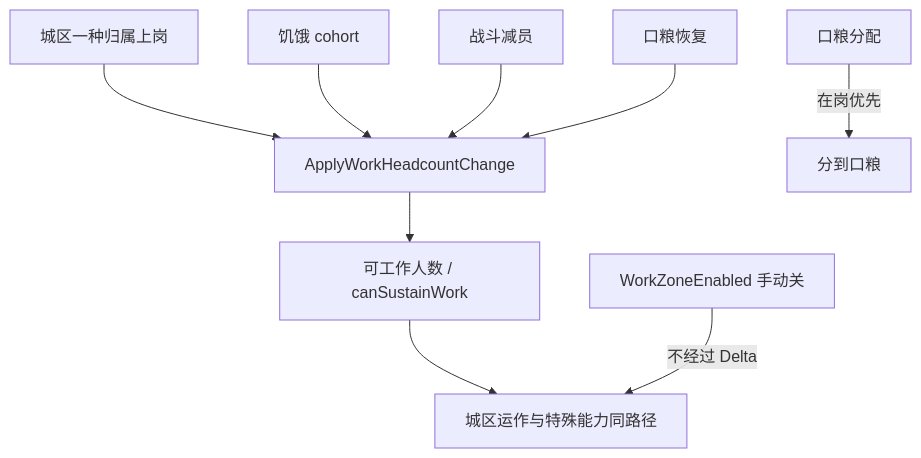
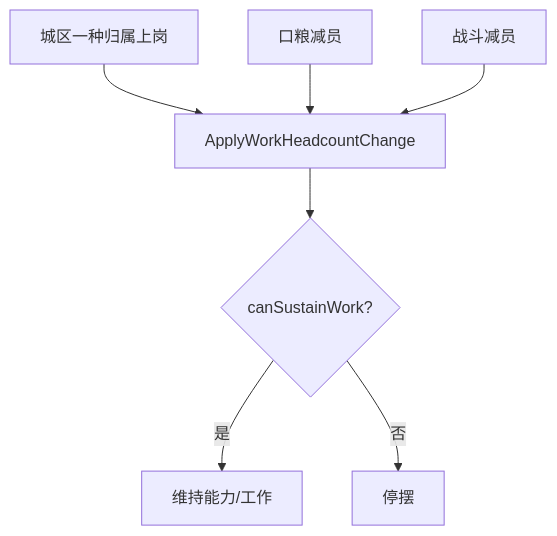
The fourth of 4 diagrams in Docs/01-草稿/口粮与周总结/口粮与周总结-流程与待决.md (Estrella6066773/DriveToLight), drawn with Mermaid before and after one commit. The commit also changed other lines of this file and 23 other files, not shown here.

````diff
--- a/Docs/01-草稿/口粮与周总结/口粮与周总结-流程与待决.md
+++ b/Docs/01-草稿/口粮与周总结/口粮与周总结-流程与待决.md
@@ -77,11 +73,9 @@
 ```mermaid
 flowchart TD
     AffPick[城区一种归属上岗] --> Delta[ApplyWorkHeadcountChange]
-    Hunger[饥饿 cohort] --> Delta
-    Casualty[战斗减员] --> Delta
-    Recover[口粮恢复] --> Delta
-    Delta --> Workable[可工作人数 / canSustainWork]
-    Workable --> Ops[城区运作与特殊能力同路径]
-    ManualOff[WorkZoneEnabled 手动关] -->|不经过 Delta| Ops
-    FoodAlloc[口粮分配] -->|在岗优先| Fed[分到口粮]
+    FoodDeath[口粮减员] --> Delta
+    CombatDeath[战斗减员] --> Delta
+    Delta --> Sustain{canSustainWork?}
+    Sustain -->|是| Keep[维持能力/工作]
+    Sustain -->|否| Stop[停摆]
 ```
````
